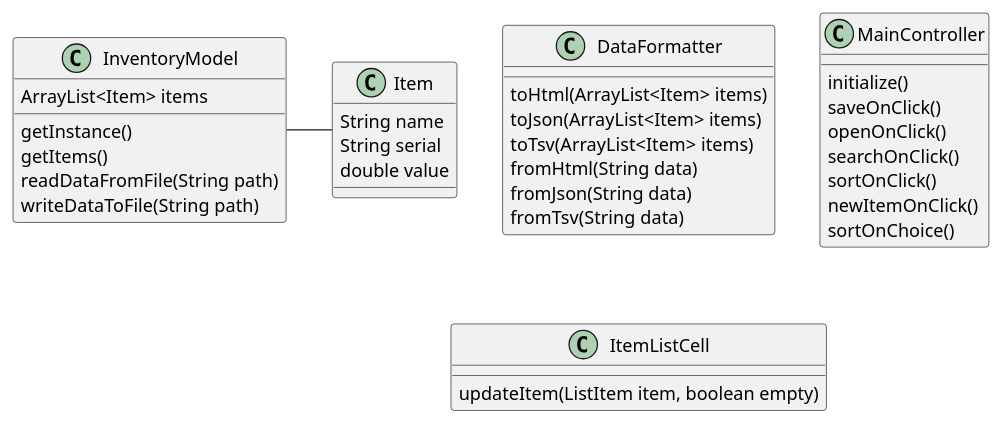
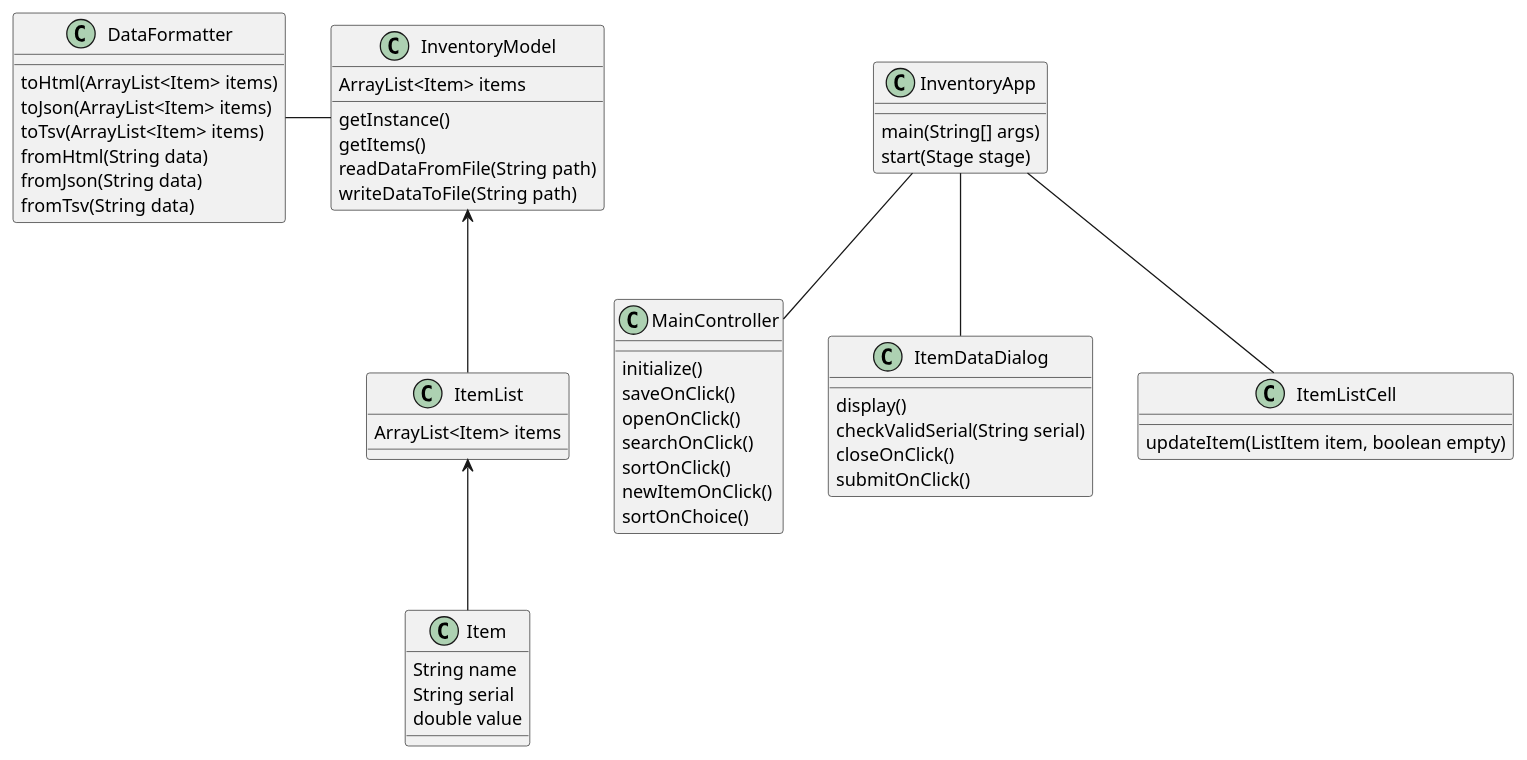
One commit to rydohg/cop3330-InventoryApp changed the diagram in uml/InventoryApp.puml. Above: the diagram before and after it, drawn with PlantUML. The commit also changed 9 other files, not shown here.

```diff
--- a/uml/InventoryApp.puml
+++ b/uml/InventoryApp.puml
@@ -1,40 +1,63 @@
 @startuml
+
+class InventoryApp {
+    main(String[] args)
+    start(Stage stage)
+}
+
+class ItemList {
+    ArrayList<Item> items
+}
+
 class InventoryModel {
     ArrayList<Item> items
     getInstance()
     getItems()
     readDataFromFile(String path)
     writeDataToFile(String path)
 }
 
 class Item {
     String name
     String serial
     double value
 }
 
 class DataFormatter {
     toHtml(ArrayList<Item> items)
     toJson(ArrayList<Item> items)
     toTsv(ArrayList<Item> items)
     fromHtml(String data)
     fromJson(String data)
     fromTsv(String data)
 }
 
 class MainController {
     initialize()
     saveOnClick()
     openOnClick()
     searchOnClick()
     sortOnClick()
     newItemOnClick()
     sortOnChoice()
 }
 
+class ItemDataDialog {
+    display()
+    checkValidSerial(String serial)
+    closeOnClick()
+    submitOnClick()
+}
+
 class ItemListCell {
     updateItem(ListItem item, boolean empty)
 }
 
-InventoryModel - Item
+InventoryModel <-- ItemList
+ItemList <-- Item
+DataFormatter - InventoryModel
+
+InventoryApp -- ItemDataDialog
+InventoryApp -- ItemListCell
+InventoryApp -- MainController
 @enduml
```
